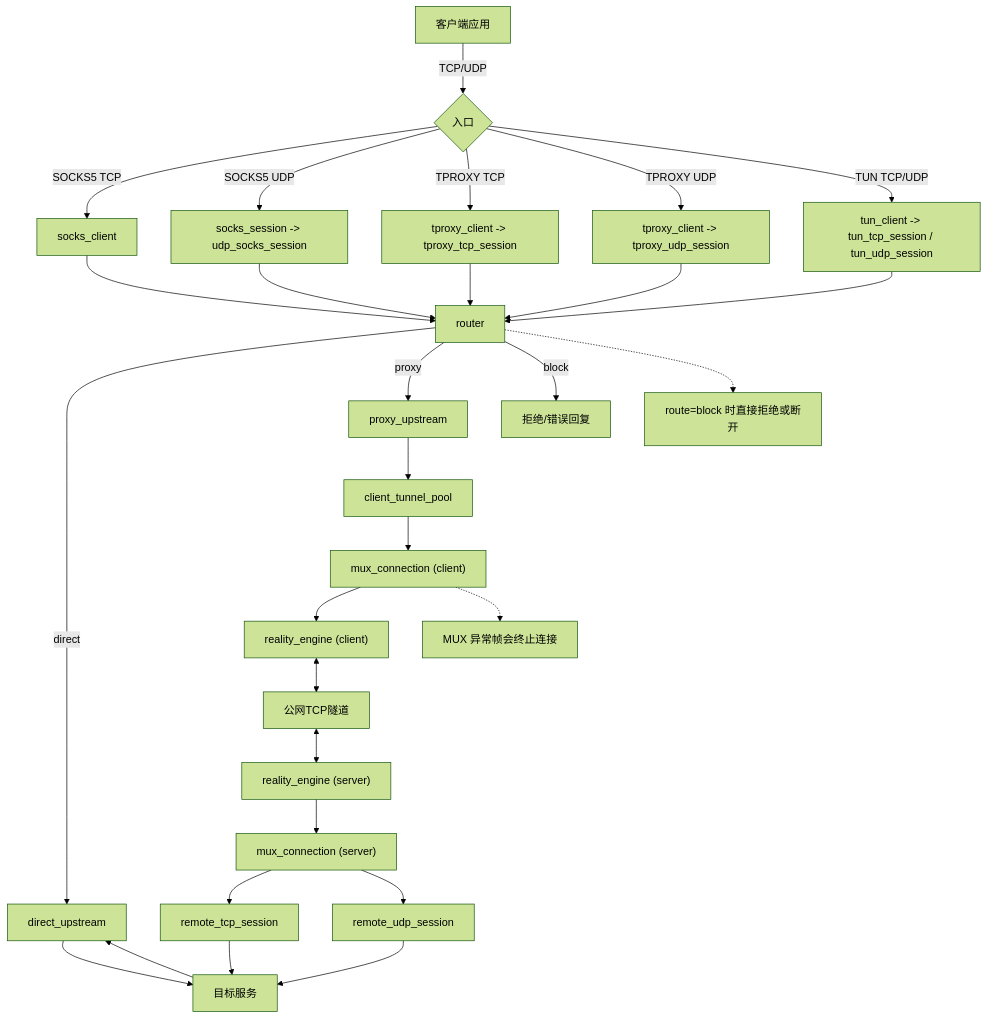
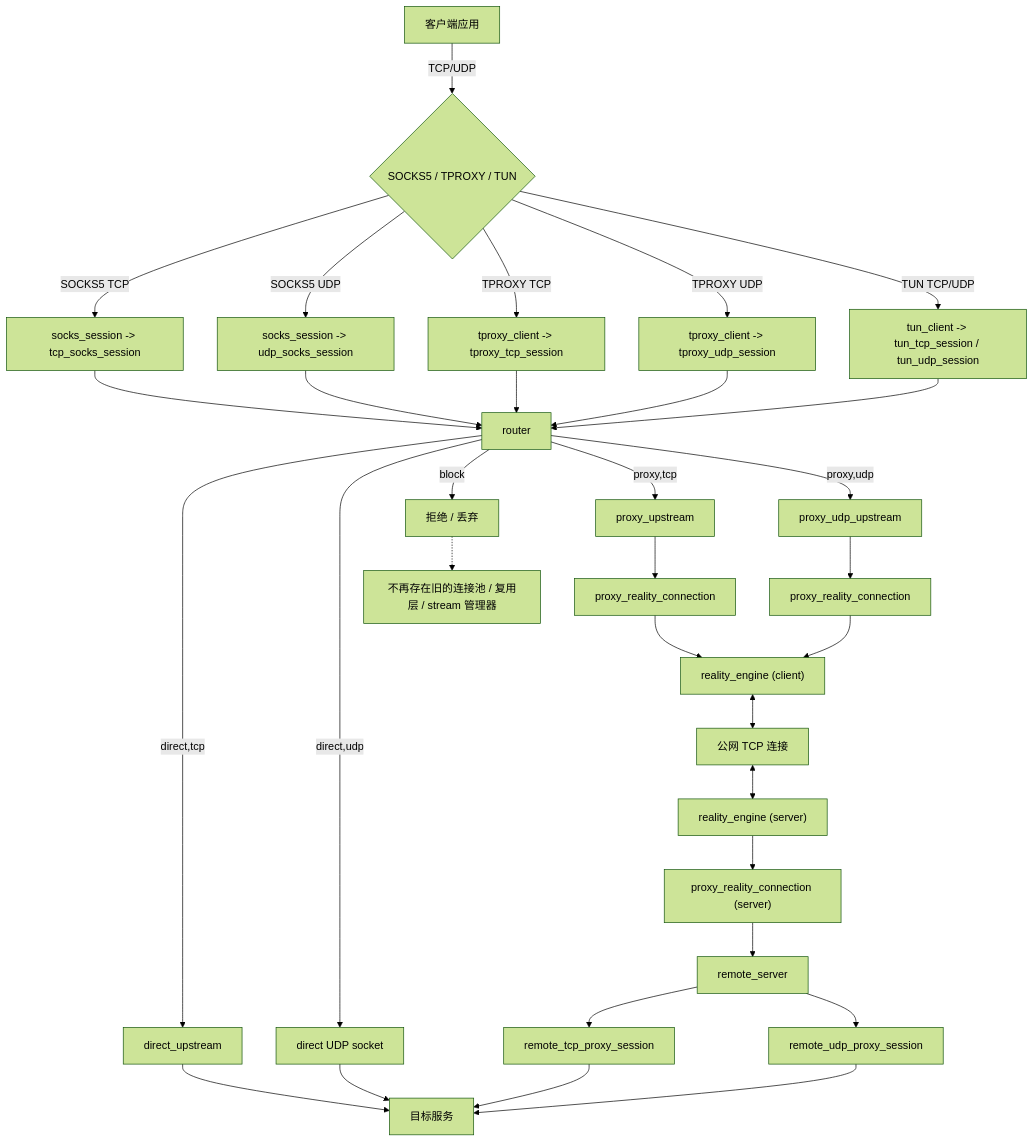
The first of 5 diagrams in doc/flow.md (gyl30/socks), drawn with Mermaid (forest theme) before and after one commit. The commit also changed other lines of this file and 20 other files, not shown here.

````diff
--- a/doc/flow.md
+++ b/doc/flow.md
@@ -5,39 +13,40 @@
 ```mermaid
 flowchart TD
-  App[客户端应用] -->|TCP/UDP| Inbound{入口}
+  App[客户端应用] -->|TCP/UDP| Inbound{SOCKS5 / TPROXY / TUN}
 
-  Inbound -->|SOCKS5 TCP| SocksListener[socks_client]
-  Inbound -->|SOCKS5 UDP| SocksUdpAssoc["socks_session -> udp_socks_session"]
-  Inbound -->|TPROXY TCP| TproxyTcpListener["tproxy_client -> tproxy_tcp_session"]
-  Inbound -->|TPROXY UDP| TproxyUdpListener["tproxy_client -> tproxy_udp_session"]
+  Inbound -->|SOCKS5 TCP| SocksTcp["socks_session -> tcp_socks_session"]
+  Inbound -->|SOCKS5 UDP| SocksUdp["socks_session -> udp_socks_session"]
+  Inbound -->|TPROXY TCP| TproxyTcp["tproxy_client -> tproxy_tcp_session"]
+  Inbound -->|TPROXY UDP| TproxyUdp["tproxy_client -> tproxy_udp_session"]
   Inbound -->|TUN TCP/UDP| TunInbound["tun_client -> tun_tcp_session / tun_udp_session"]
 
-  SocksListener --> Router[router]
-  SocksUdpAssoc --> Router
-  TproxyTcpListener --> Router
-  TproxyUdpListener --> Router
+  SocksTcp --> Router[router]
+  SocksUdp --> Router
+  TproxyTcp --> Router
+  TproxyUdp --> Router
   TunInbound --> Router
 
-  Router -->|direct| DirectUp[direct_upstream]
-  Router -->|proxy| ProxyUp[proxy_upstream]
-  Router -->|block| Block[拒绝/错误回复]
+  Router -->|direct,tcp| DirectTcp[direct_upstream]
+  Router -->|direct,udp| DirectUdp[direct UDP socket]
+  Router -->|proxy,tcp| ProxyTcp[proxy_upstream]
+  Router -->|proxy,udp| ProxyUdp[proxy_udp_upstream]
+  Router -->|block| Block[拒绝 / 丢弃]
 
-  DirectUp --> Target[目标服务]
-  Target --> DirectUp
+  DirectTcp --> Target[目标服务]
+  DirectUdp --> Target
 
-  ProxyUp --> TunnelPool[client_tunnel_pool]
-  TunnelPool --> MuxClient["mux_connection (client)"]
-  MuxClient --> RealityClient["reality_engine (client)"]
-  RealityClient <--> Network[公网TCP隧道]
-  Network <--> RealityServer["reality_engine (server)"]
-  RealityServer --> MuxServer["mux_connection (server)"]
-  MuxServer --> RemoteTcp[remote_tcp_session]
-  MuxServer --> RemoteUdp[remote_udp_session]
+  ProxyTcp --> ClientConnTcp[proxy_reality_connection]
+  ProxyUdp --> ClientConnUdp[proxy_reality_connection]
+  ClientConnTcp --> ClientReality["reality_engine (client)"]
+  ClientConnUdp --> ClientReality
+  ClientReality <--> Network[公网 TCP 连接]
+  Network <--> ServerReality["reality_engine (server)"]
+  ServerReality --> ServerConn["proxy_reality_connection (server)"]
+  ServerConn --> RemoteServer[remote_server]
+  RemoteServer --> RemoteTcp[remote_tcp_proxy_session]
+  RemoteServer --> RemoteUdp[remote_udp_proxy_session]
   RemoteTcp --> Target
   RemoteUdp --> Target
 
-  RouterNote["route=block 时直接拒绝或断开"]
-  Router -.-> RouterNote
-  MuxNote["MUX 异常帧会终止连接"]
-  MuxClient -.-> MuxNote
+  Block -.-> Note1["不再存在旧的连接池 / 复用层 / stream 管理器"]
 ```
````
